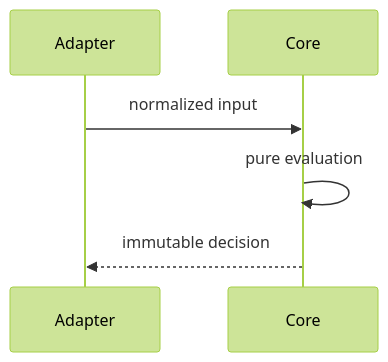
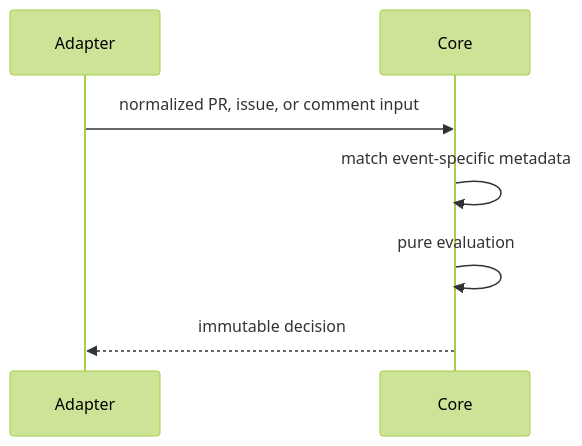
One commit to streamentry/AGENTOWNERS changed the third of 4 diagrams in packages/core/AGENTS.md. Above: the diagram before and after it, drawn with Mermaid (forest theme). The commit also changed other lines of this file and 21 other files, not shown here.

First line of the commit message:
fix(core): evaluate issue rule conditions (#25)

````diff
--- a/packages/core/AGENTS.md
+++ b/packages/core/AGENTS.md
@@ -59,8 +59,9 @@
 ```mermaid
 sequenceDiagram
   participant Adapter
   participant Core
-  Adapter->>Core: normalized input
+  Adapter->>Core: normalized PR, issue, or comment input
+  Core->>Core: match event-specific metadata
   Core->>Core: pure evaluation
   Core-->>Adapter: immutable decision
 ```
````
